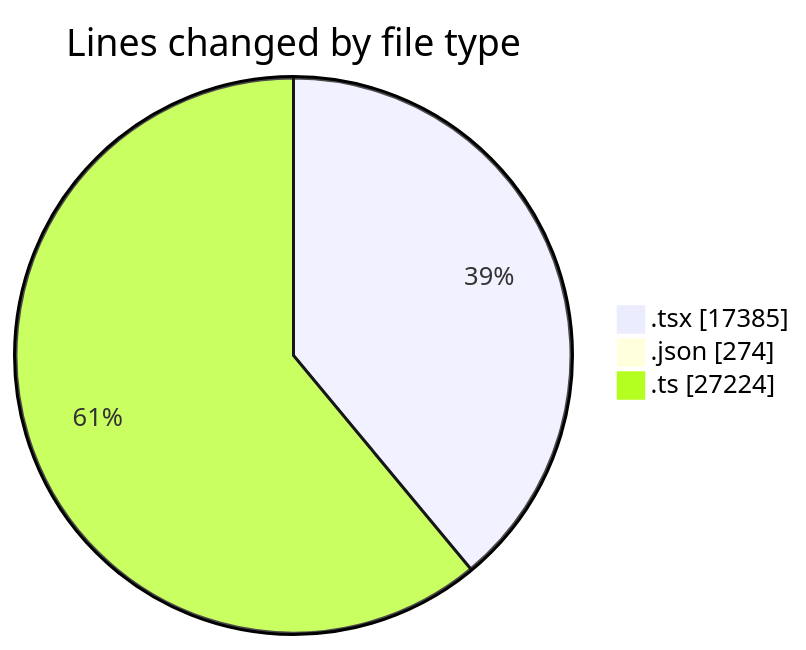
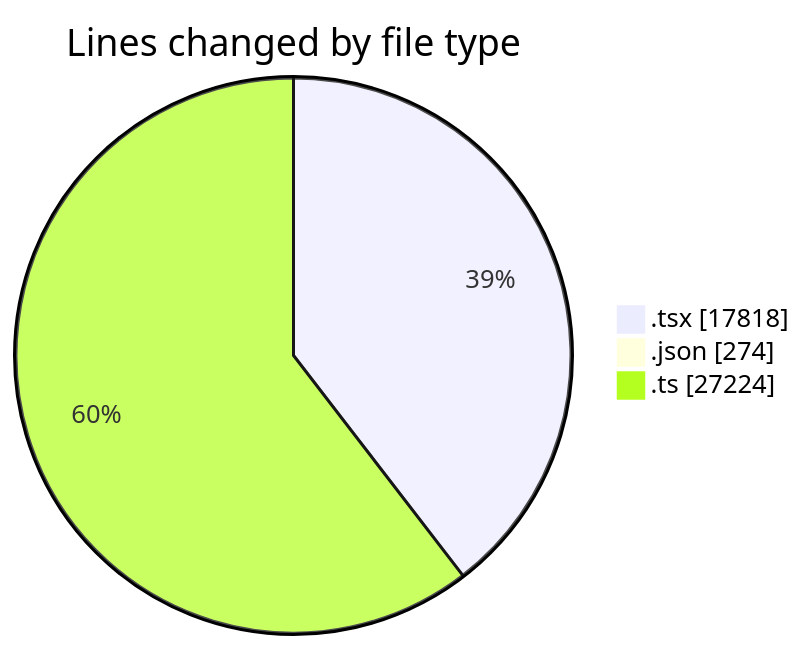
One commit to momahboobian/code-tracking changed the first of 2 diagrams in 2026-11-13/broadcaster-v6-feature/README.md. Above: the diagram before and after it, drawn with Mermaid. The commit also changed other lines of this file and 1 other file, not shown here.

````diff
--- a/2026-11-13/broadcaster-v6-feature/README.md
+++ b/2026-11-13/broadcaster-v6-feature/README.md
@@ -81,7 +82,7 @@
 ```mermaid
 pie showData
 title Lines changed by file type
-".tsx" : 17385
+".tsx" : 17818
 ".json" : 274
 ".ts" : 27224
 ```
````
